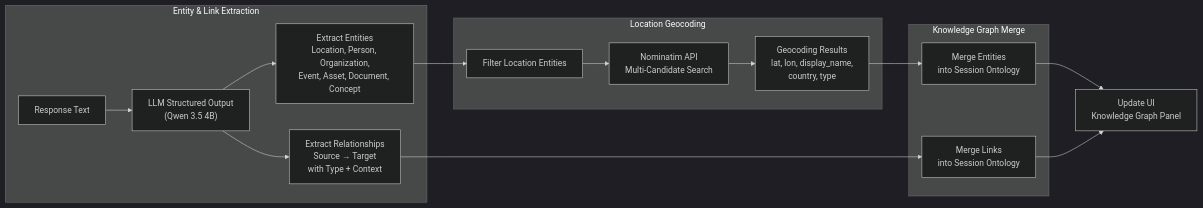
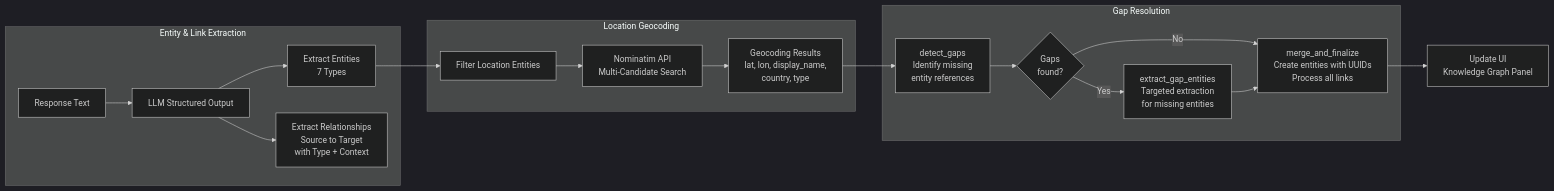
Before and after one commit to fbaierl/geo-vision-lab: the sixth of 8 diagrams in docs/agent_workflow.md, drawn with Mermaid. The commit also changed other lines of this file and 1 other file, not shown here.

````diff
--- a/docs/agent_workflow.md
+++ b/docs/agent_workflow.md
@@ -276,23 +275,25 @@
 ```mermaid
 %%{init: {'theme': 'dark'}}%%
 flowchart LR
     subgraph EXT["Entity & Link Extraction"]
-        TEXT[Response Text] --> LLM["LLM Structured Output<br/>(Qwen 3.5 4B)"]
-        LLM --> ENTITIES["Extract Entities<br/>Location, Person, Organization,<br/>Event, Asset, Document, Concept"]
-        LLM --> LINKS["Extract Relationships<br/>Source → Target<br/>with Type + Context"]
+        TEXT[Response Text] --> LLM["LLM Structured Output"]
+        LLM --> ENTITIES["Extract Entities<br/>7 Types"]
+        LLM --> LINKS["Extract Relationships<br/>Source to Target<br/>with Type + Context"]
     end
 
     subgraph GEO["Location Geocoding"]
         ENTITIES --> LOC_ENT["Filter Location Entities"]
         LOC_ENT --> NOMINATIM["Nominatim API<br/>Multi-Candidate Search"]
         NOMINATIM --> CANDIDATES["Geocoding Results<br/>lat, lon, display_name,<br/>country, type"]
     end
 
-    subgraph MERGE["Knowledge Graph Merge"]
-        CANDIDATES --> MERGE_ENT["Merge Entities<br/>into Session Ontology"]
-        LINKS --> MERGE_LINK["Merge Links<br/>into Session Ontology"]
+    subgraph GAP["Gap Resolution"]
+        CANDIDATES --> DETECT["detect_gaps<br/>Identify missing<br/>entity references"]
+        DETECT --> CHECK{Gaps<br/>found?}
+        CHECK -->|Yes| GAP_EXT["extract_gap_entities<br/>Targeted extraction<br/>for missing entities"]
+        CHECK -->|No| MERGE
+        GAP_EXT --> MERGE["merge_and_finalize<br/>Create entities with UUIDs<br/>Process all links"]
     end
 
-    MERGE_ENT --> UI["Update UI<br/>Knowledge Graph Panel"]
-    MERGE_LINK --> UI
+    MERGE --> UI["Update UI<br/>Knowledge Graph Panel"]
 ```
````
